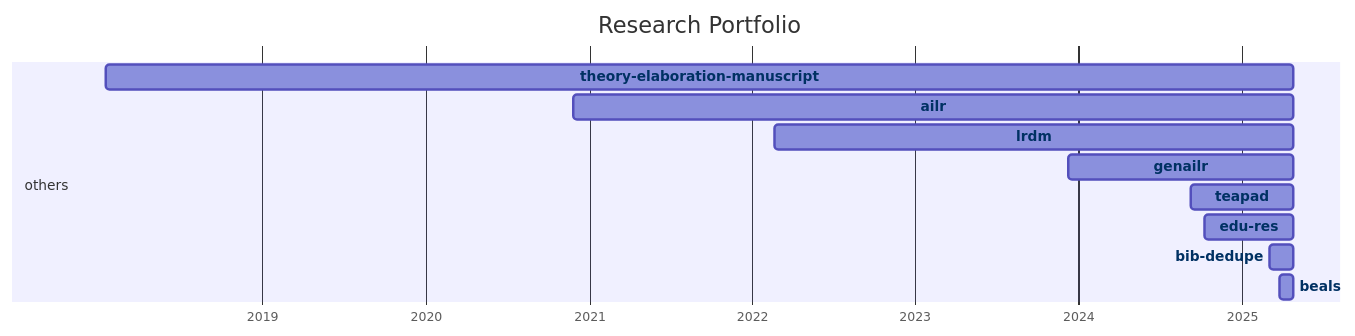
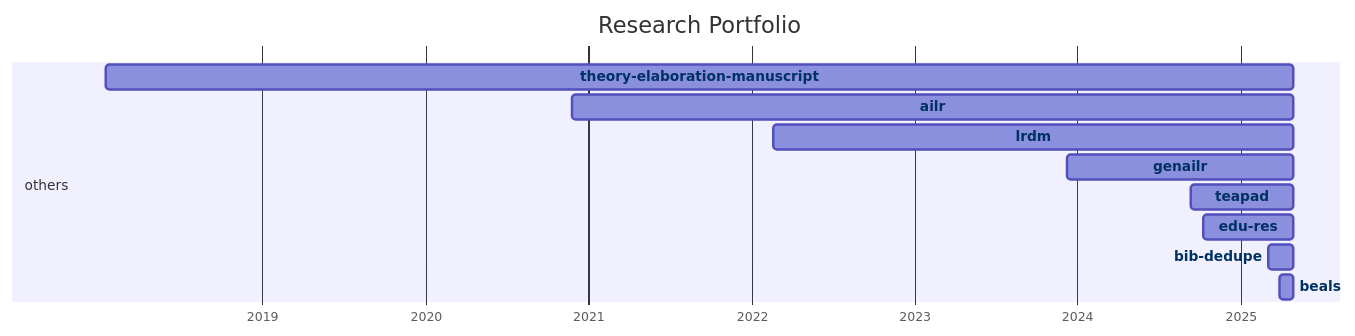
Before and after one commit to digital-work-lab/handbook: the diagram in docs/20-research/25-projects-gantt.md, drawn with Mermaid.

Commit message:
Update repository overview

````diff
--- a/docs/20-research/25-projects-gantt.md
+++ b/docs/20-research/25-projects-gantt.md
@@ -8,35 +8,35 @@
 ```mermaid
 ---
 displayMode: compact
 ---
 gantt
 title Research Portfolio
 dateFormat YYYY-MM-DD
 axisFormat %Y
 
     section work_practices
 
     section distributed_organizing
 
     section knowledge_synthesis
 
     section others
-        beals :beals, 2025-03-28, 2025-04-27
-        bib-dedupe :bib-dedupe, 2025-03-04, 2025-04-27
-        edu-res :edu-res, 2024-10-10, 2025-04-27
-        teapad :teapad, 2024-09-10, 2025-04-27
-        genailr :genailr, 2023-12-10, 2025-04-27
-        lrdm :lrdm, 2022-02-20, 2025-04-27
-        ailr :ailr, 2020-11-26, 2025-04-27
-        theory-elaboration-manuscript :theory-elaboration-manuscript, 2018-01-15, 2025-04-27
+        beals :beals, 2025-03-28, 2025-04-29
+        bib-dedupe :bib-dedupe, 2025-03-04, 2025-04-29
+        edu-res :edu-res, 2024-10-10, 2025-04-29
+        teapad :teapad, 2024-09-10, 2025-04-29
+        genailr :genailr, 2023-12-10, 2025-04-29
+        lrdm :lrdm, 2022-02-20, 2025-04-29
+        ailr :ailr, 2020-11-26, 2025-04-29
+        theory-elaboration-manuscript :theory-elaboration-manuscript, 2018-01-15, 2025-04-29
 
 
     click beals href "{{ site.baseurl }}/docs/20-research/25-projects/_repos/beals"
     click bib-dedupe href "{{ site.baseurl }}/docs/20-research/25-projects/_repos/bib-dedupe"
     click edu-res href "{{ site.baseurl }}/docs/20-research/25-projects/_repos/edu-res"
     click teapad href "{{ site.baseurl }}/docs/20-research/25-projects/_repos/teapad"
     click genailr href "{{ site.baseurl }}/docs/20-research/25-projects/_repos/genailr"
     click lrdm href "{{ site.baseurl }}/docs/20-research/25-projects/_repos/lrdm"
     click ailr href "{{ site.baseurl }}/docs/20-research/25-projects/_repos/ailr"
     click theory-elaboration-manuscript href "{{ site.baseurl }}/docs/20-research/25-projects/_repos/theory-elaboration-manuscript"
 ```
````
